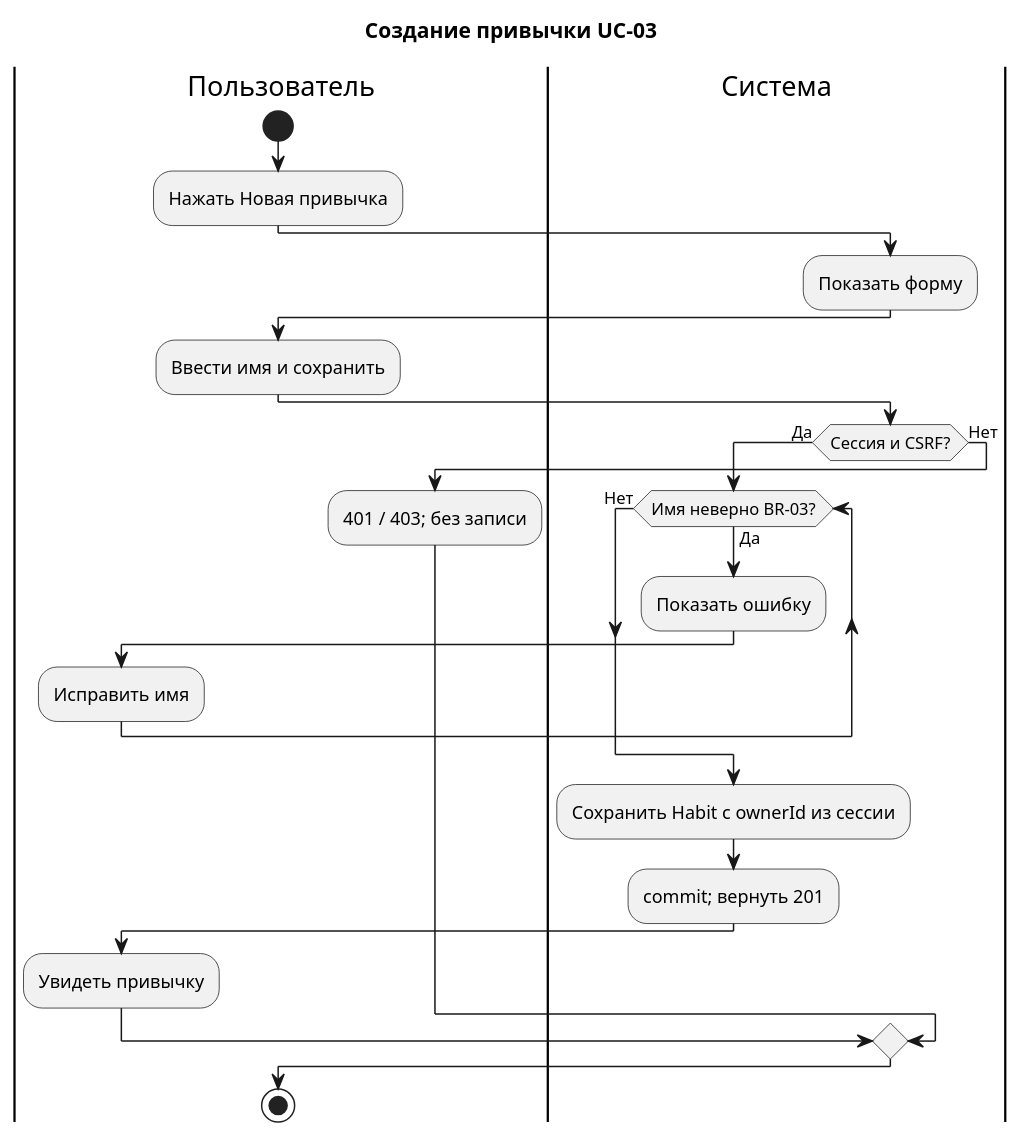
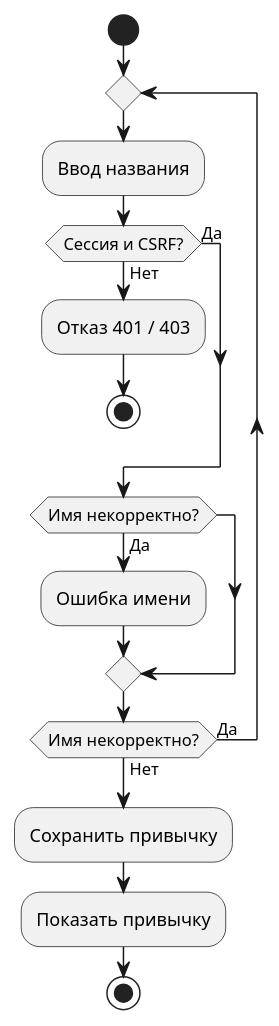
The diagram in uml/models/activity-create-habit.puml (ysayonnar/SDLC), drawn with PlantUML before and after one commit. The commit also changed 29 other files, not shown here.

```diff
--- a/uml/models/activity-create-habit.puml
+++ b/uml/models/activity-create-habit.puml
@@ -1,30 +1,20 @@
 @startuml
 skinparam monochrome true
 skinparam shadowing false
 skinparam defaultFontName Arial
-skinparam BackgroundColor white
-title Создание привычки UC-03
-|Пользователь|
 start
-:Нажать Новая привычка;
-|Система|
-:Показать форму;
-|Пользователь|
-:Ввести имя и сохранить;
-|Система|
-if (Сессия и CSRF?) then (Да)
- while (Имя неверно BR-03?) is (Да)
-  :Показать ошибку;
-  |Пользователь|
-  :Исправить имя;
-  |Система|
- endwhile (Нет)
- :Сохранить Habit с ownerId из сессии;
- :commit; вернуть 201;
- |Пользователь|
- :Увидеть привычку;
-else (Нет)
- :401 / 403; без записи;
-endif
+repeat
+ :Ввод названия;
+ if (Сессия и CSRF?) then (Да)
+ else (Нет)
+  :Отказ 401 / 403;
+  stop
+ endif
+ if (Имя некорректно?) then (Да)
+  :Ошибка имени;
+ endif
+repeat while (Имя некорректно?) is (Да) not (Нет)
+:Сохранить привычку;
+:Показать привычку;
 stop
 @enduml
```
